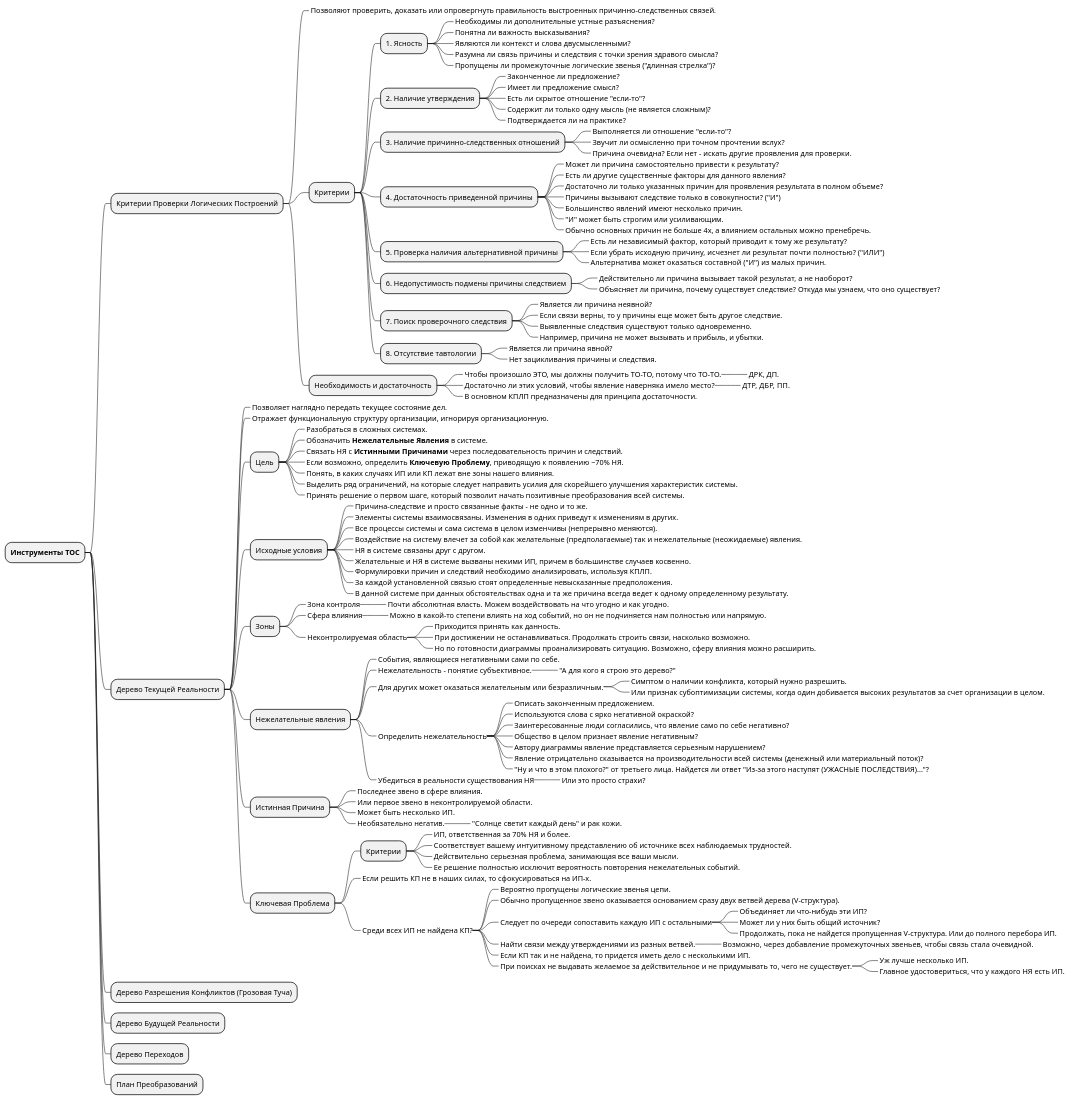
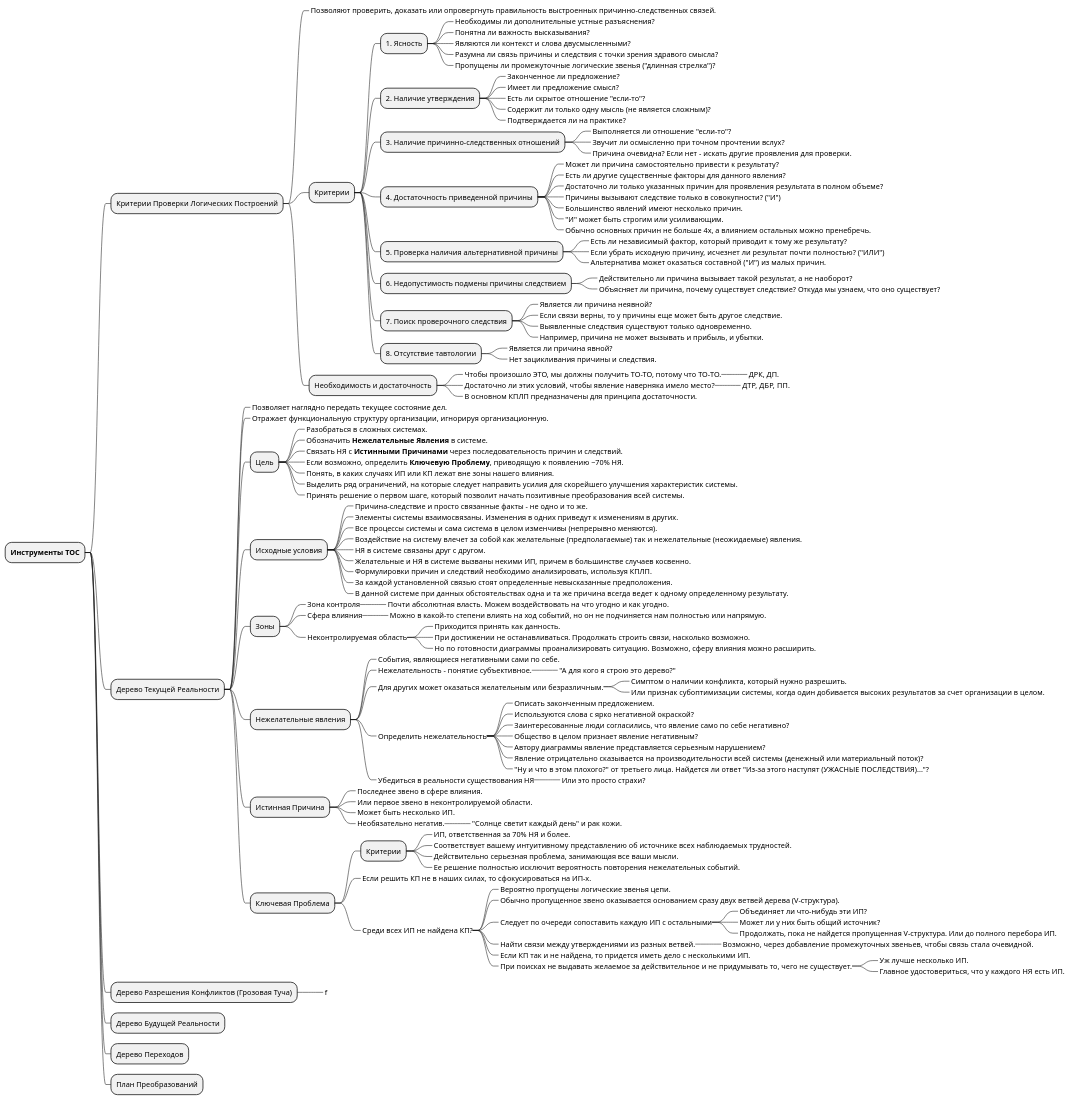
Before and after one commit to msmolyakov/dettmer-goldratts-theory-of-constraints-synopsis: the diagram in synopsis.puml, drawn with PlantUML. The commit also changed 2 other files, not shown here.

```diff
--- a/synopsis.puml
+++ b/synopsis.puml
@@ -1,150 +1,152 @@
 @startmindmap
 
 * <b>Инструменты ТОС</b>
 ++ Критерии Проверки Логических Построений
 +++_ Позволяют проверить, доказать или опровергнуть правильность выстроенных причинно-следственных связей.
 
 +++ Критерии
 
 ++++ 1. Ясность
 +++++_ Необходимы ли дополнительные устные разъяснения?
 +++++_ Понятна ли важность высказывания?
 +++++_ Являются ли контекст и слова двусмысленными?
 +++++_ Разумна ли связь причины и следствия с точки зрения здравого смысла?
 +++++_ Пропущены ли промежуточные логические звенья ("длинная стрелка")?
 
 ++++ 2. Наличие утверждения
 +++++_ Законченное ли предложение?
 +++++_ Имеет ли предложение смысл?
 +++++_ Есть ли скрытое отношение "если-то"?
 +++++_ Содержит ли только одну мысль (не является сложным)?
 +++++_ Подтверждается ли на практике?
 
 ++++ 3. Наличие причинно-следственных отношений
 +++++_ Выполняется ли отношение "если-то"?
 +++++_ Звучит ли осмысленно при точном прочтении вслух?
 +++++_ Причина очевидна? Если нет - искать другие проявления для проверки.
 
 ++++ 4. Достаточность приведенной причины
 +++++_ Может ли причина самостоятельно привести к результату?
 +++++_ Есть ли другие существенные факторы для данного явления?
 +++++_ Достаточно ли только указанных причин для проявления результата в полном объеме?
 +++++_ Причины вызывают следствие только в совокупности? ("И")
 +++++_ Большинство явлений имеют несколько причин.
 +++++_ "И" может быть строгим или усиливающим.
 +++++_ Обычно основных причин не больше 4х, а влиянием остальных можно пренебречь.
 
 ++++ 5. Проверка наличия альтернативной причины
 +++++_ Есть ли независимый фактор, который приводит к тому же результату?
 +++++_ Если убрать исходную причину, исчезнет ли результат почти полностью? ("ИЛИ")
 +++++_ Альтернатива может оказаться составной ("И") из малых причин.
 
 ++++ 6. Недопустимость подмены причины следствием
 +++++_ Действительно ли причина вызывает такой результат, а не наоборот?
 +++++_ Объясняет ли причина, почему существует следствие? Откуда мы узнаем, что оно существует?
 
 ++++ 7. Поиск проверочного следствия
 +++++_ Является ли причина неявной?
 +++++_ Если связи верны, то у причины еще может быть другое следствие.
 +++++_ Выявленные следствия существуют только одновременно.
 +++++_ Например, причина не может вызывать и прибыль, и убытки.
 
 ++++ 8. Отсутствие тавтологии
 +++++_ Является ли причина явной?
 +++++_ Нет зацикливания причины и следствия.
 
 
 +++ Необходимость и достаточность
 ++++_ Чтобы произошло ЭТО, мы должны получить ТО-ТО, потому что ТО-ТО.
 +++++_ ДРК, ДП.
 ++++_ Достаточно ли этих условий, чтобы явление наверняка имело место?
 +++++_ ДТР, ДБР, ПП.
 ++++_ В основном КПЛП предназначены для принципа достаточности.
 
 
 ++ Дерево Текущей Реальности
 +++_ Позволяет наглядно передать текущее состояние дел.
 +++_ Отражает функциональную структуру организации, игнорируя организационную.
 
 +++ Цель
 ++++_ Разобраться в сложных системах.
 ++++_ Обозначить <b>Нежелательные Явления</b> в системе.
 ++++_ Связать НЯ с <b>Истинными Причинами</b> через последовательность причин и следствий.
 ++++_ Если возможно, определить <b>Ключевую Проблему</b>, приводящую к появлению ~70% НЯ.
 ++++_ Понять, в каких случаях ИП или КП лежат вне зоны нашего влияния.
 ++++_ Выделить ряд ограничений, на которые следует направить усилия для скорейшего улучшения характеристик системы.
 ++++_ Принять решение о первом шаге, который позволит начать позитивные преобразования всей системы.
 
 +++ Исходные условия
 ++++_ Причина-следствие и просто связанные факты - не одно и то же.
 ++++_ Элементы системы взаимосвязаны. Изменения в одних приведут к изменениям в других.
 ++++_ Все процессы системы и сама система в целом изменчивы (непрерывно меняются).
 ++++_ Воздействие на систему влечет за собой как желательные (предполагаемые) так и нежелательные (неожидаемые) явления.
 ++++_ НЯ в системе связаны друг с другом.
 ++++_ Желательные и НЯ в системе вызваны некими ИП, причем в большинстве случаев косвенно.
 ++++_ Формулировки причин и следствий необходимо анализировать, используя КПЛП.
 ++++_ За каждой установленной связью стоят определенные невысказанные предположения.
 ++++_ В данной системе при данных обстоятельствах одна и та же причина всегда ведет к одному определенному результату.
 
 +++ Зоны
 ++++_ Зона контроля
 +++++_ Почти абсолютная власть. Можем воздействовать на что угодно и как угодно.
 ++++_ Сфера влияния
 +++++_ Можно в какой-то степени влиять на ход событий, но он не подчиняется нам полностью или напрямую.
 ++++_ Неконтролируемая область
 +++++_ Приходится принять как данность.
 +++++_ При достижении не останавливаться. Продолжать строить связи, насколько возможно.
 +++++_ Но по готовности диаграммы проанализировать ситуацию. Возможно, сферу влияния можно расширить.
 
 +++ Нежелательные явления
 ++++_ События, являющиеся негативными сами по себе.
 ++++_ Нежелательность - понятие субъективное.
 +++++_ "А для кого я строю это дерево?"
 ++++_ Для других может оказаться желательным или безразличным.
 +++++_ Симптом о наличии конфликта, который нужно разрешить.
 +++++_ Или признак субоптимизации системы, когда один добивается высоких результатов за счет организации в целом.
 ++++_ Определить нежелательность
 +++++_ Описать законченным предложением.
 +++++_ Используются слова с ярко негативной окраской?
 +++++_ Заинтересованные люди согласились, что явление само по себе негативно?
 +++++_ Общество в целом признает явление негативным?
 +++++_ Автору диаграммы явление представляется серьезным нарушением?
 +++++_ Явление отрицательно сказывается на производительности всей системы (денежный или материальный поток)?
 +++++_ "Ну и что в этом плохого?" от третьего лица. Найдется ли ответ "Из-за этого наступят (УЖАСНЫЕ ПОСЛЕДСТВИЯ)..."?
 ++++_ Убедиться в реальности существования НЯ
 +++++_ Или это просто страхи?
 
 +++ Истинная Причина
 ++++_ Последнее звено в сфере влияния.
 ++++_ Или первое звено в неконтролируемой области.
 ++++_ Может быть несколько ИП.
 ++++_ Необязательно негатив.
 +++++_ "Солнце светит каждый день" и рак кожи.
 
 +++ Ключевая Проблема
 ++++ Критерии
 +++++_ ИП, ответственная за 70% НЯ и более.
 +++++_ Соответствует вашему интуитивному представлению об источнике всех наблюдаемых трудностей.
 +++++_ Действительно серьезная проблема, занимающая все ваши мысли.
 +++++_ Ее решение полностью исключит вероятность повторения нежелательных событий.
 ++++_ Если решить КП не в наших силах, то сфокусироваться на ИП-х.
 ++++_ Среди всех ИП не найдена КП?
 +++++_ Вероятно пропущены логические звенья цепи.
 +++++_ Обычно пропущенное звено оказывается основанием сразу двух ветвей дерева (V-структура).
 +++++_ Следует по очереди сопоставить каждую ИП с остальными
 ++++++_ Объединяет ли что-нибудь эти ИП?
 ++++++_ Может ли у них быть общий источник?
 ++++++_ Продолжать, пока не найдется пропущенная V-структура. Или до полного перебора ИП.
 +++++_ Найти связи между утверждениями из разных ветвей.
 ++++++_ Возможно, через добавление промежуточных звеньев, чтобы связь стала очевидной.
 +++++_ Если КП так и не найдена, то придется иметь дело с несколькими ИП.
 +++++_ При поисках не выдавать желаемое за действительное и не придумывать то, чего не существует.
 ++++++_ Уж лучше несколько ИП.
 ++++++_ Главное удостовериться, что у каждого НЯ есть ИП.
 
 ++ Дерево Разрешения Конфликтов (Грозовая Туча)
++++_ f
+
 ++ Дерево Будущей Реальности
 ++ Дерево Переходов
 ++ План Преобразований
 
 @endmindmap
```
